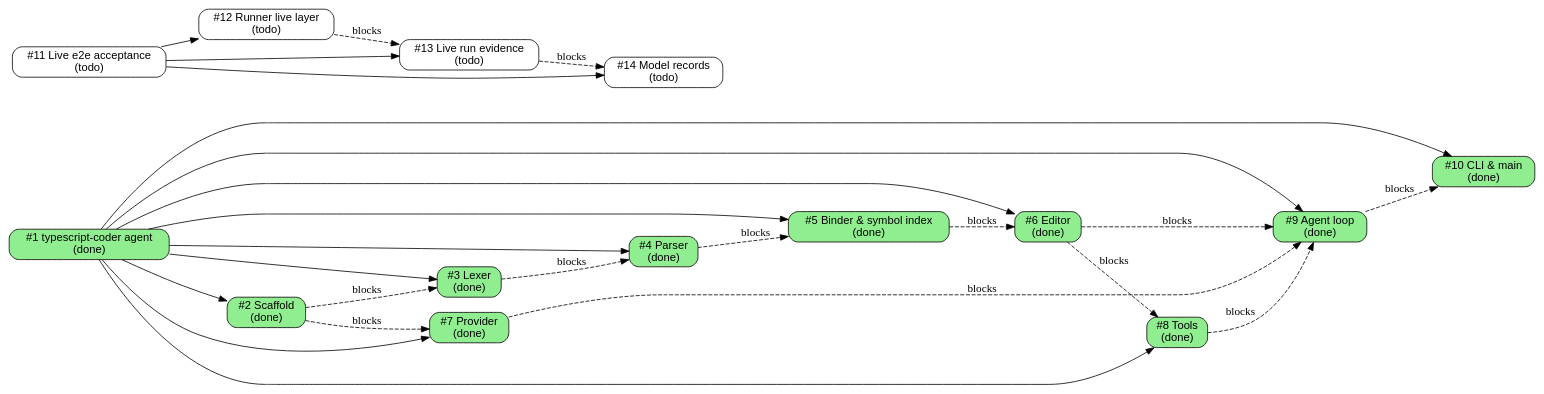
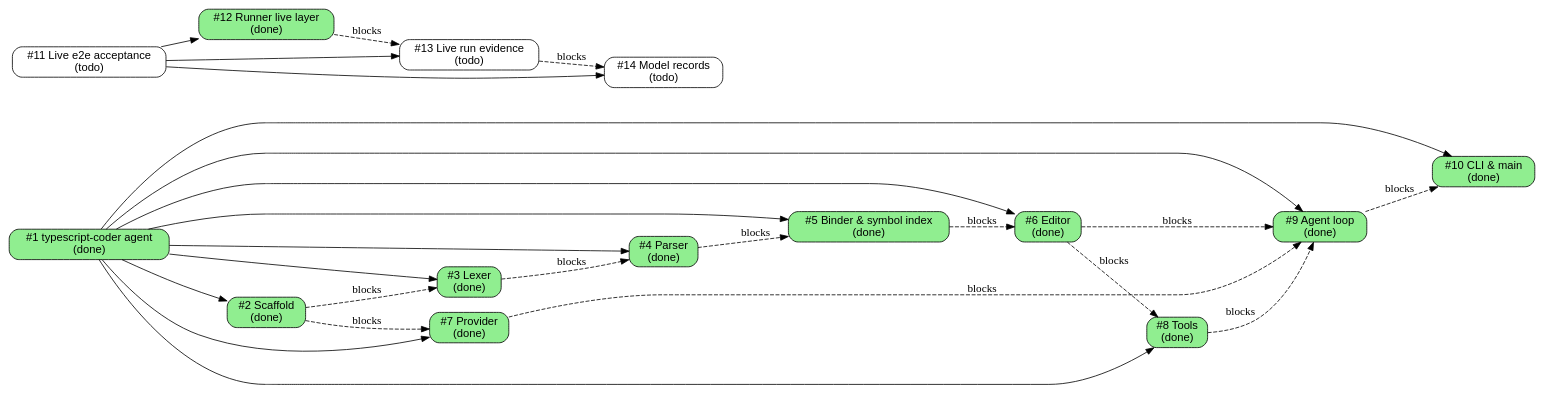
The diagram in issues/todo.md (illusory0x0/typescript-coder), drawn with Graphviz before and after one commit. The commit also changed other lines of this file and 4 other files, not shown here.

Commit message:
Add live layer to the acceptance runner (issue #12)

````diff
--- a/issues/todo.md
+++ b/issues/todo.md
@@ -7,53 +7,53 @@
 ```dot
 digraph issues {
   rankdir=LR;
   node [shape=box, style="rounded,filled", fontname="Helvetica"];
 
   // status colors: todo=white, in-progress=lightyellow, review=lightblue,
   //                done=lightgreen, wontfix=lightgrey
   "1"  [label="#1 typescript-coder agent\n(done)", fillcolor="lightgreen"];
   "2"  [label="#2 Scaffold\n(done)", fillcolor="lightgreen"];
   "3"  [label="#3 Lexer\n(done)", fillcolor="lightgreen"];
   "4"  [label="#4 Parser\n(done)", fillcolor="lightgreen"];
   "5"  [label="#5 Binder & symbol index\n(done)", fillcolor="lightgreen"];
   "6"  [label="#6 Editor\n(done)", fillcolor="lightgreen"];
   "7"  [label="#7 Provider\n(done)", fillcolor="lightgreen"];
   "8"  [label="#8 Tools\n(done)", fillcolor="lightgreen"];
   "9"  [label="#9 Agent loop\n(done)", fillcolor="lightgreen"];
   "10" [label="#10 CLI & main\n(done)", fillcolor="lightgreen"];
   "11" [label="#11 Live e2e acceptance\n(todo)", fillcolor="white"];
-  "12" [label="#12 Runner live layer\n(todo)", fillcolor="white"];
+  "12" [label="#12 Runner live layer\n(done)", fillcolor="lightgreen"];
   "13" [label="#13 Live run evidence\n(todo)", fillcolor="white"];
   "14" [label="#14 Model records\n(todo)", fillcolor="white"];
 
   // tree edges (parent -> child), solid
   "1" -> "2";
   "1" -> "3";
   "1" -> "4";
   "1" -> "5";
   "1" -> "6";
   "1" -> "7";
   "1" -> "8";
   "1" -> "9";
   "1" -> "10";
 
   // tree edges (parent -> child), solid
   "11" -> "12";
   "11" -> "13";
   "11" -> "14";
 
   // dependency edges (blocker -> blocked), dashed
   "2" -> "3" [style=dashed, label="blocks"];
   "3" -> "4" [style=dashed, label="blocks"];
   "4" -> "5" [style=dashed, label="blocks"];
   "5" -> "6" [style=dashed, label="blocks"];
   "2" -> "7" [style=dashed, label="blocks"];
   "6" -> "8" [style=dashed, label="blocks"];
   "6" -> "9" [style=dashed, label="blocks"];
   "7" -> "9" [style=dashed, label="blocks"];
   "8" -> "9" [style=dashed, label="blocks"];
   "9" -> "10" [style=dashed, label="blocks"];
   "12" -> "13" [style=dashed, label="blocks"];
   "13" -> "14" [style=dashed, label="blocks"];
 }
 ```
````
